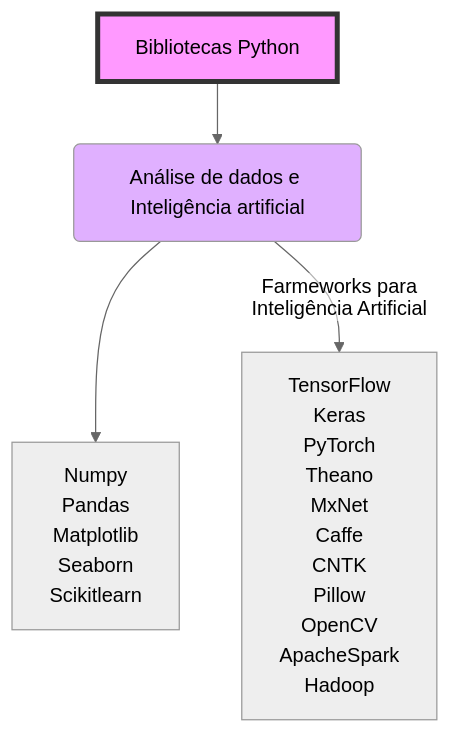
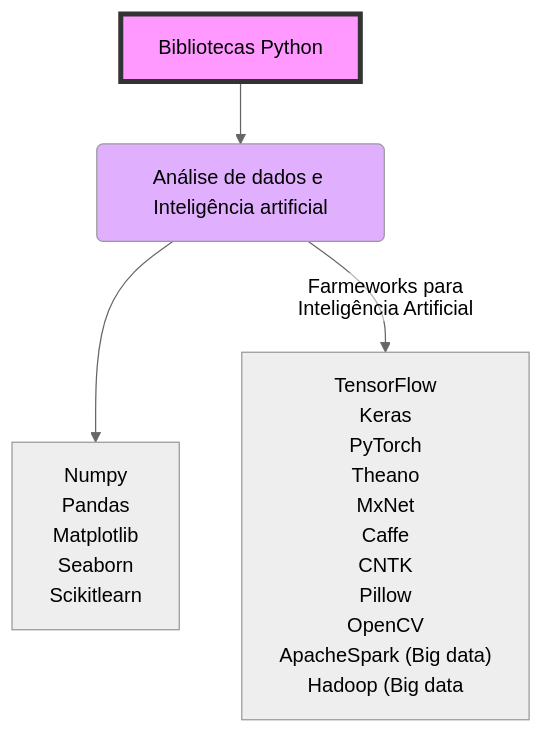
The diagram in mapa_do_python.qmd (francojra/mapa_do_paython), drawn with Mermaid (neutral theme) before and after one commit.

````diff
--- a/mapa_do_python.qmd
+++ b/mapa_do_python.qmd
@@ -200,26 +200,26 @@
 ```{mermaid}
 %%{init: {"flowchart": {"htmlLabels": false}} }%%
 flowchart TD
     id1["Bibliotecas Python"]
     id1-->id2("Análise de dados e Inteligência artificial")
     id2 -->D["Numpy
            Pandas
            Matplotlib
            Seaborn
            Scikitlearn"]
     id2 -- "Farmeworks para 
     Inteligência Artificial" --> E["TensorFlow
        Keras
        PyTorch
        Theano
        MxNet
        Caffe
        CNTK
        Pillow
        OpenCV
-       ApacheSpark
-       Hadoop"]
+       ApacheSpark (Big data)
+       Hadoop (Big data"]
     
     style id1 fill:#f9f,stroke:#333,stroke-width:4px
     style id2 fill:#e0b0ff
 ```
````
